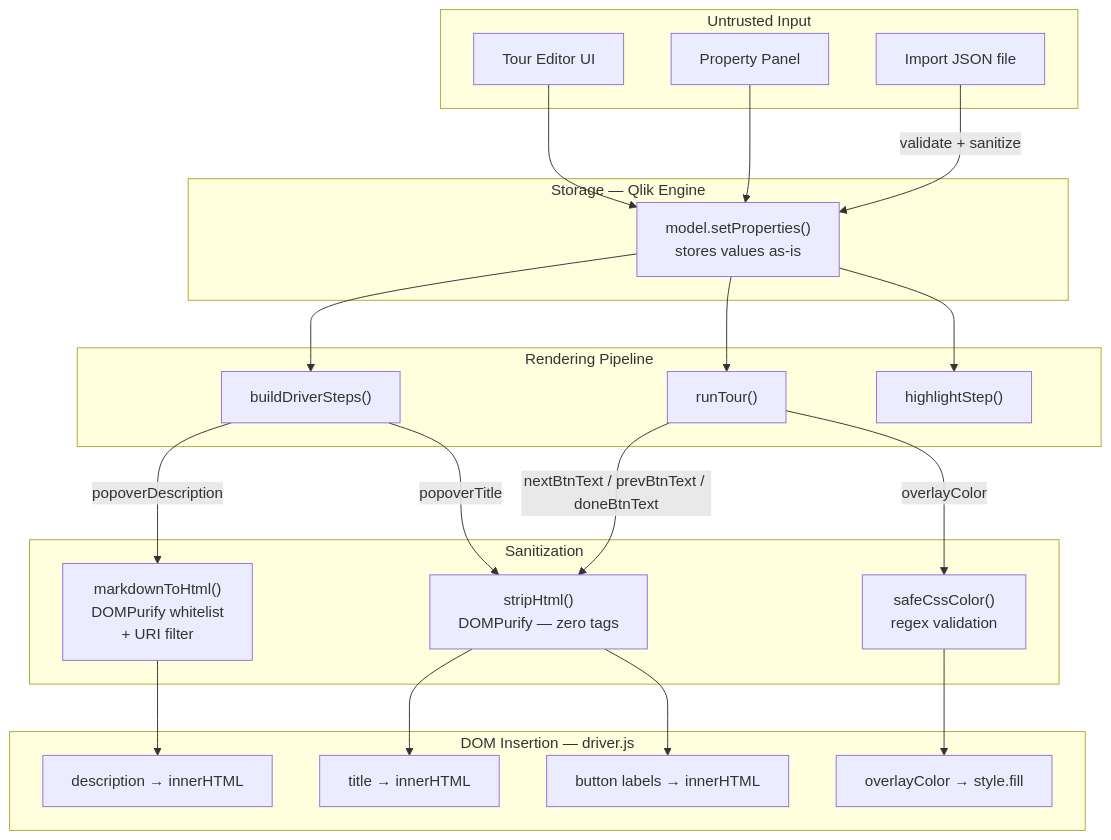
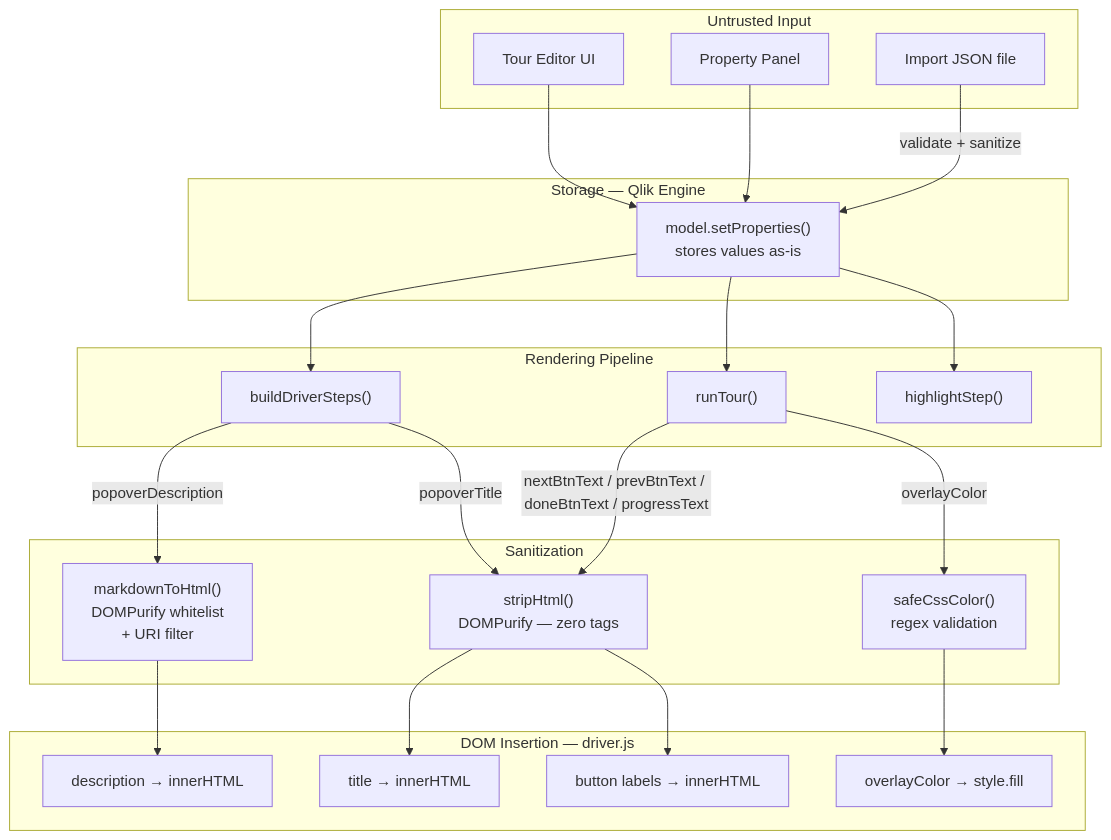
Before and after one commit to ptarmiganlabs/onboard.qs: the first of 3 diagrams in docs/SECURITY.md, drawn with Mermaid. The commit also changed other lines of this file and 7 other files, not shown here.

First line of the commit message:
feat(tour): make the progress text configurable per tour

````diff
--- a/docs/SECURITY.md
+++ b/docs/SECURITY.md
@@ -32,45 +32,45 @@
 ```mermaid
 flowchart TD
     subgraph "Untrusted Input"
         A1[Tour Editor UI]
         A2[Property Panel]
         A3["Import JSON file"]
     end
 
     subgraph "Storage — Qlik Engine"
         B["model.setProperties()
 stores values as-is"]
     end
 
     subgraph "Rendering Pipeline"
         C1["buildDriverSteps()"]
         C2["runTour()"]
         C3["highlightStep()"]
     end
 
     subgraph "Sanitization"
         S1["markdownToHtml()
 DOMPurify whitelist
 + URI filter"]
         S2["stripHtml()
 DOMPurify — zero tags"]
         S3["safeCssColor()
 regex validation"]
     end
 
     subgraph "DOM Insertion — driver.js"
         D1["title → innerHTML"]
         D2["description → innerHTML"]
         D3["button labels → innerHTML"]
         D4["overlayColor → style.fill"]
     end
 
     A1 --> B
     A2 --> B
     A3 -->|"validate + sanitize"| B
     B --> C1 & C2 & C3
     C1 -->|popoverDescription| S1 --> D2
     C1 -->|popoverTitle| S2 --> D1
-    C2 -->|"nextBtnText / prevBtnText / doneBtnText"| S2 --> D3
+    C2 -->|"nextBtnText / prevBtnText / doneBtnText / progressText"| S2 --> D3
     C2 -->|overlayColor| S3 --> D4
 ```
````
